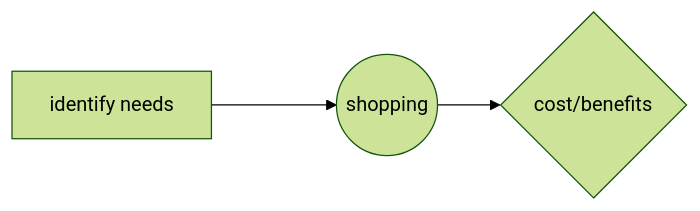
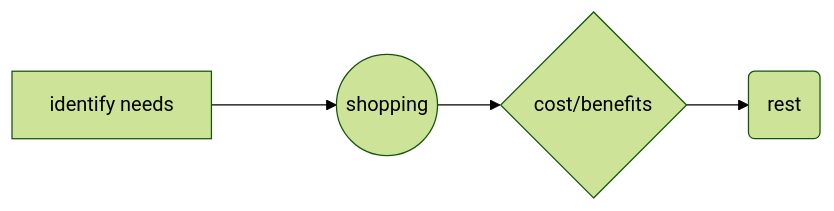
The sixth of 8 diagrams in docs/Mermaid.md (proinsias/an-independent-mind), drawn with Mermaid (forest theme) before and after one commit. The commit also changed other lines of this file, not shown here.

````diff
--- a/docs/Mermaid.md
+++ b/docs/Mermaid.md
@@ -90,4 +90,4 @@
 ```mermaid
 flowchart LR
-A[identify needs] ---> B((shopping)) --> C{cost/benefits}
+A[identify needs] ---> B((shopping)) --> C{cost/benefits} --> D(rest)
 ```
````
